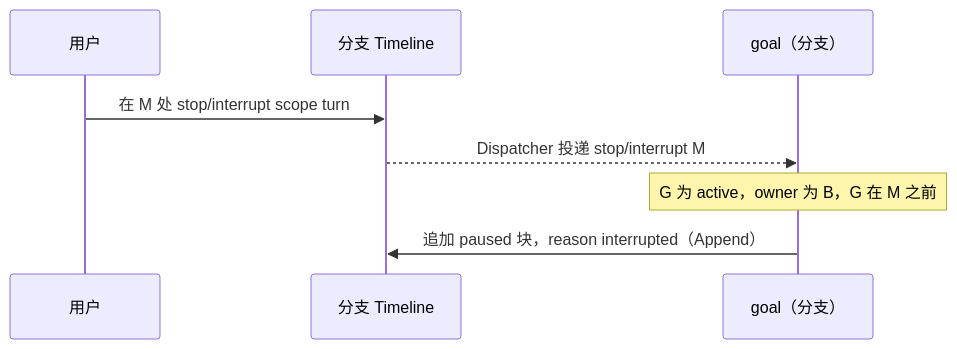
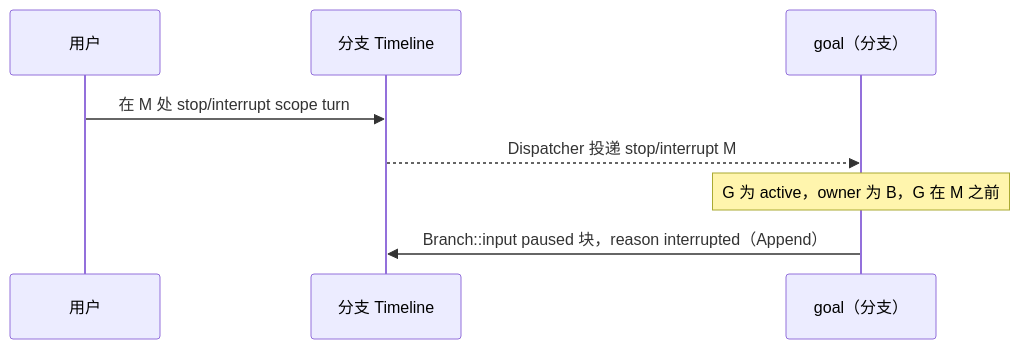
Before and after one commit to CoutinhoTTS/dim-agent: the fifth of 6 diagrams in docs/zh/design/plugins/Goal.md, drawn with Mermaid. The commit also changed other lines of this file and 42 other files, not shown here.

````diff
--- a/docs/zh/design/plugins/Goal.md
+++ b/docs/zh/design/plugins/Goal.md
@@ -129,10 +129,10 @@
 ```mermaid
 sequenceDiagram
   participant User as 用户
   participant TL as 分支 Timeline
   participant G as goal（分支）
   User->>TL: 在 M 处 stop/interrupt scope turn
   TL-->>G: Dispatcher 投递 stop/interrupt M
   Note over G: G 为 active，owner 为 B，G 在 M 之前
-  G->>TL: 追加 paused 块，reason interrupted（Append）
+  G->>TL: Branch::input paused 块，reason interrupted（Append）
 ```
````
